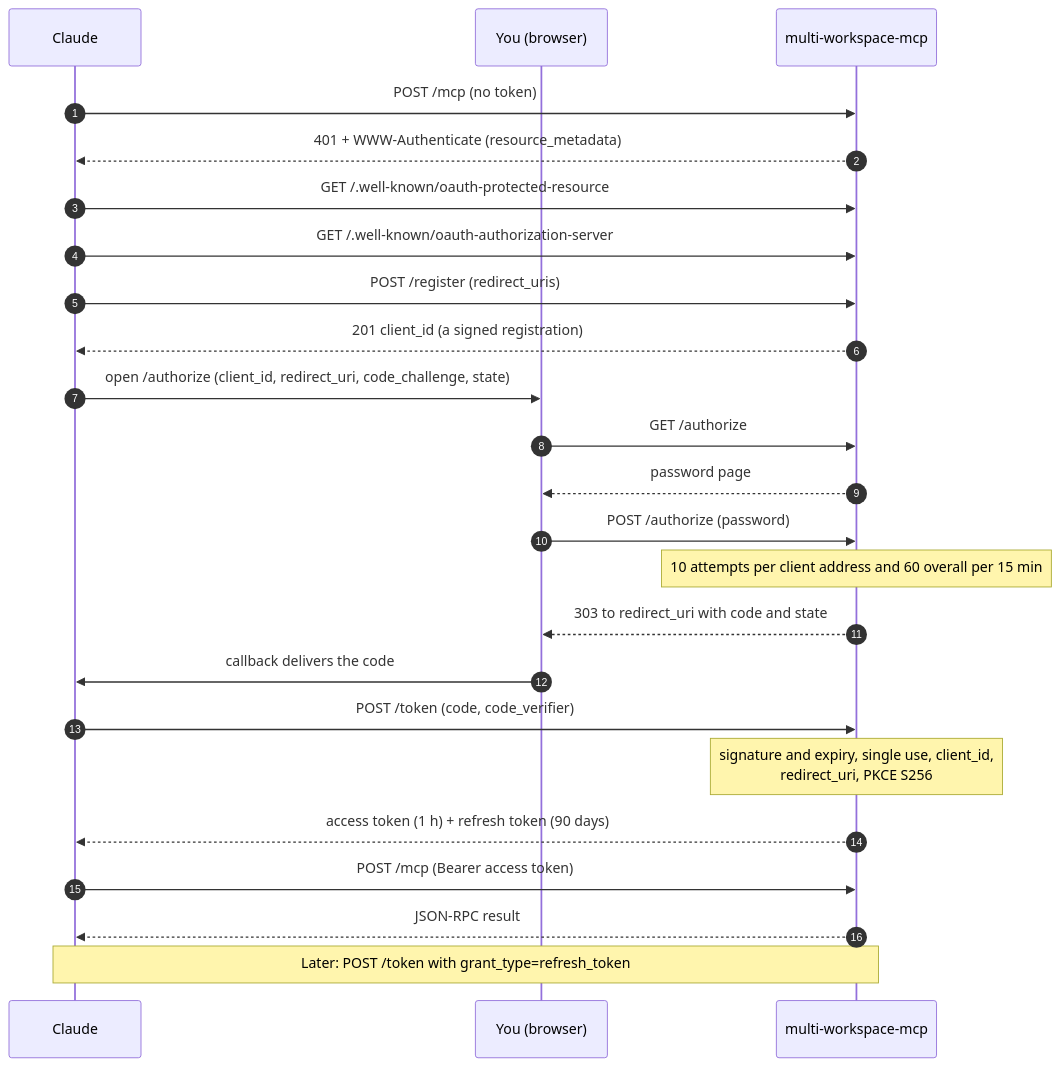
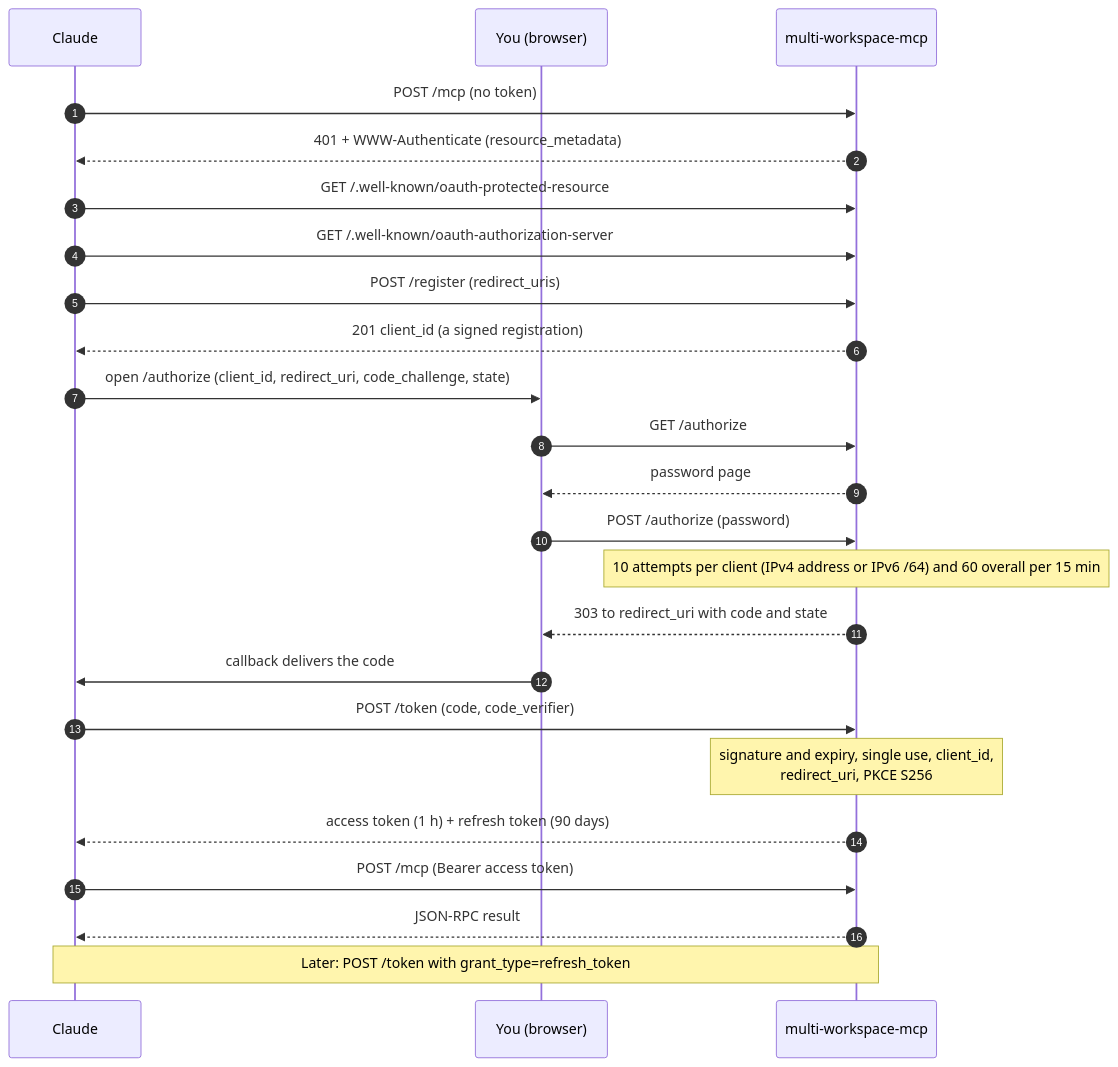
Before and after one commit to guilhermeappel/multi-workspace-mcp: the third of 5 diagrams in docs/architecture.md, drawn with Mermaid. The commit also changed 18 other files, not shown here.

````diff
--- a/docs/architecture.md
+++ b/docs/architecture.md
@@ -84,27 +84,27 @@
 ```mermaid
 sequenceDiagram
     autonumber
     participant C as Claude
     participant U as You (browser)
     participant S as multi-workspace-mcp
 
     C->>S: POST /mcp (no token)
     S-->>C: 401 + WWW-Authenticate (resource_metadata)
     C->>S: GET /.well-known/oauth-protected-resource
     C->>S: GET /.well-known/oauth-authorization-server
     C->>S: POST /register (redirect_uris)
     S-->>C: 201 client_id (a signed registration)
     C->>U: open /authorize (client_id, redirect_uri, code_challenge, state)
     U->>S: GET /authorize
     S-->>U: password page
     U->>S: POST /authorize (password)
-    Note over S: 10 attempts per client address and 60 overall per 15 min
+    Note over S: 10 attempts per client (IPv4 address or IPv6 /64) and 60 overall per 15 min
     S-->>U: 303 to redirect_uri with code and state
     U->>C: callback delivers the code
     C->>S: POST /token (code, code_verifier)
     Note over S: signature and expiry, single use, client_id,<br/>redirect_uri, PKCE S256
     S-->>C: access token (1 h) + refresh token (90 days)
     C->>S: POST /mcp (Bearer access token)
     S-->>C: JSON-RPC result
     Note over C,S: Later: POST /token with grant_type=refresh_token
 ```
````
